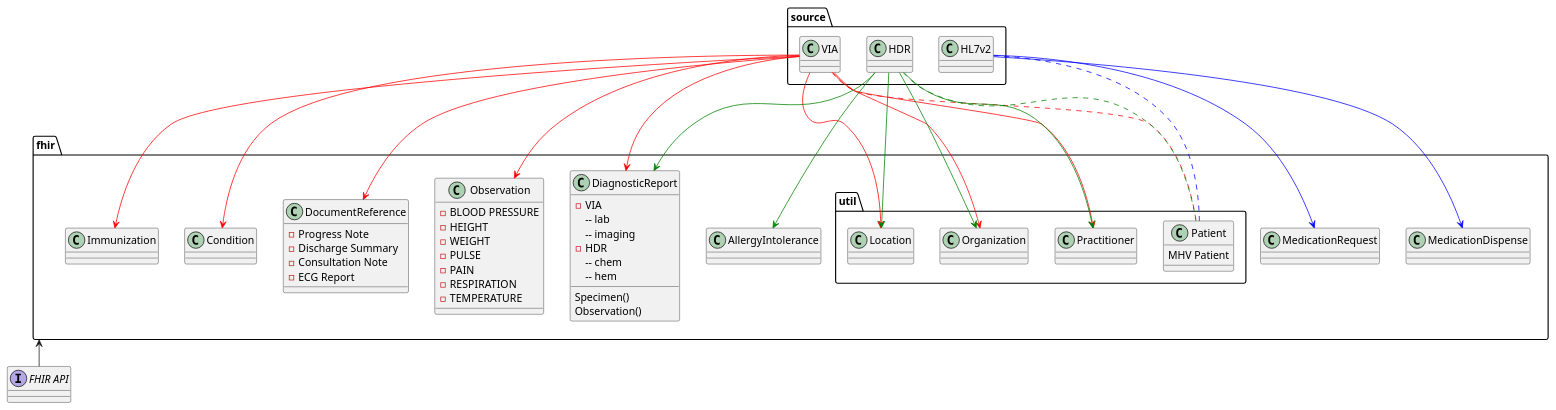
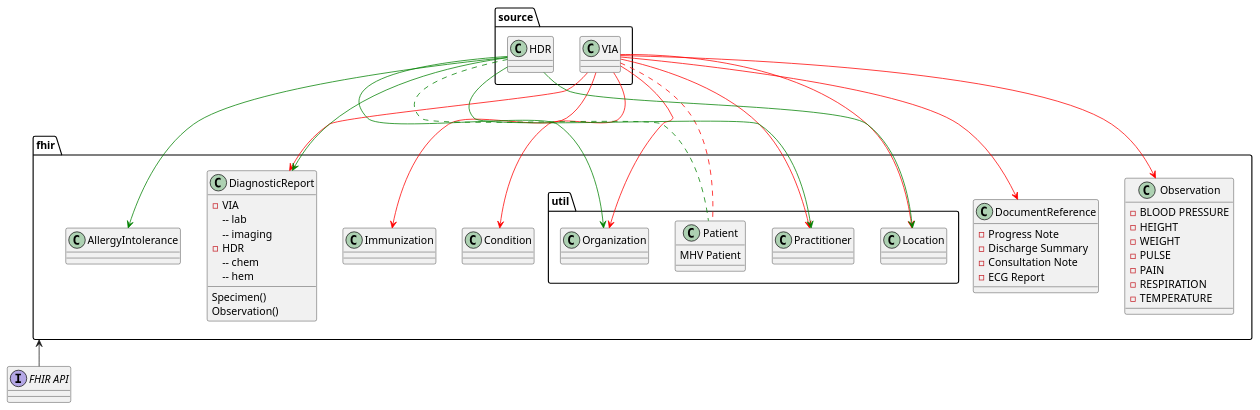
One commit to department-of-veterans-affairs/mhv-fhir-phr-mapping changed the diagram in input/images-source/data-flow.plantuml. Above: the diagram before and after it, drawn with PlantUML. The commit also changed 12 other files, not shown here.

```diff
--- a/input/images-source/data-flow.plantuml
+++ b/input/images-source/data-flow.plantuml
@@ -1,77 +1,70 @@
 @startuml
 skinparam svgDimensionStyle false
 
 package source {
     class source.HDR
     class source.VIA
-    class source.HL7v2
 }
 
 package fhir {
     package util {
         class fhir.util.Patient {
 MHV Patient 
              }
         class fhir.util.Practitioner
         class fhir.util.Location
         class fhir.util.Organization
     }
     class fhir.AllergyIntolerance
     class fhir.Immunization
     class fhir.Condition
     class fhir.DiagnosticReport {
         - VIA
         -- lab
         -- imaging
         - HDR
         -- chem 
         -- hem 
         Specimen()
         Observation()
     }
     class fhir.DocumentReference {
         - Progress Note 
         - Discharge Summary
         - Consultation Note
         - ECG Report
     }
     class fhir.Observation {
         - BLOOD PRESSURE 
         - HEIGHT
         - WEIGHT
         - PULSE 
         - PAIN 
         - RESPIRATION 
         - TEMPERATURE 
     }
-    class fhir.MedicationRequest
-    class fhir.MedicationDispense
 }
-
-source.HL7v2 -[#blue]down-> fhir.MedicationRequest
-source.HL7v2 -[#blue]down-> fhir.MedicationDispense
-source.HL7v2 ..[#blue]down. fhir.util.Patient
 
 source.VIA ..[#red]down. fhir.util.Patient
 source.VIA -[#red]down-> fhir.util.Practitioner
 source.VIA -[#red]down-> fhir.util.Location
 source.VIA -[#red]down-> fhir.util.Organization
 source.VIA -[#red]down-> fhir.Observation
 source.VIA -[#red]down-> fhir.DiagnosticReport
 
 source.VIA -[#red]down-> fhir.Condition
 source.VIA -[#red]down-> fhir.DocumentReference
 source.VIA -[#red]down-> fhir.Immunization
 
 source.HDR -[#green]down-> fhir.DiagnosticReport
 source.HDR -[#green]down-> fhir.AllergyIntolerance
 
 source.HDR ..[#green]down. fhir.util.Patient
 source.HDR -[#green]down-> fhir.util.Practitioner
 source.HDR -[#green]down-> fhir.util.Location
 source.HDR -[#green]down-> fhir.util.Organization
 
 interface "FHIR API" as API 
 API -up-> fhir
 
 @enduml
```
